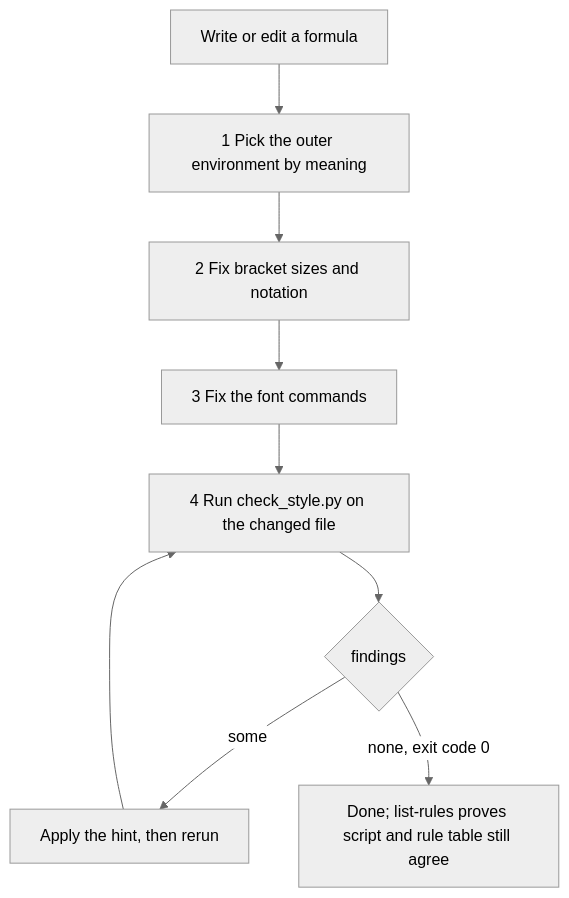
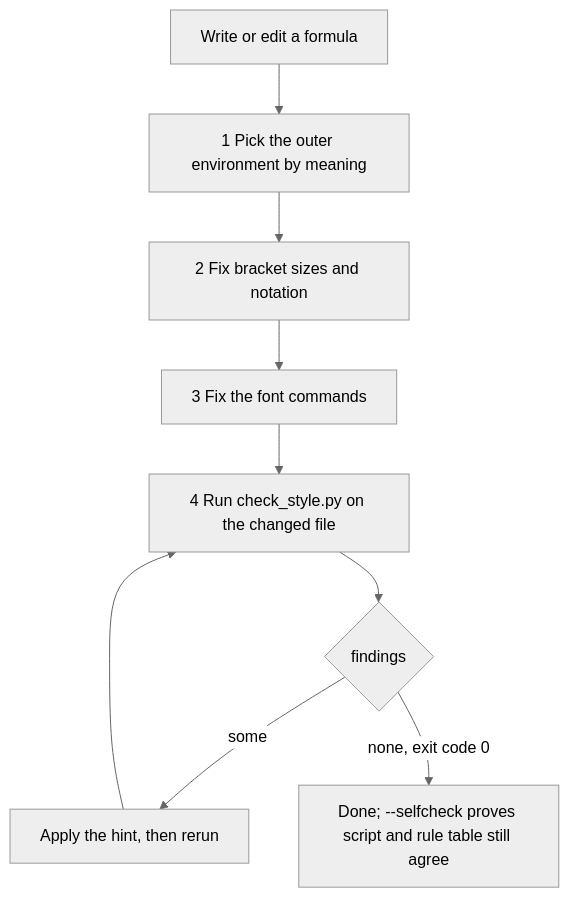
Before and after one commit to HHSTU-IST/skills: the third of 10 diagrams in README.en.md, drawn with Mermaid (neutral theme). The commit also changed other lines of this file and 13 other files, not shown here.

````diff
--- a/README.en.md
+++ b/README.en.md
@@ -342,11 +342,11 @@
 ```mermaid
 flowchart TD
     A["Write or edit a formula"] --> B["1 Pick the outer environment by meaning"]
     B --> C["2 Fix bracket sizes and notation"]
     C --> D["3 Fix the font commands"]
     D --> E["4 Run check_style.py on the changed file"]
     E --> F{"findings"}
     F -->|some| G["Apply the hint, then rerun"]
     G --> E
-    F -->|none, exit code 0| H["Done; list-rules proves script and rule table still agree"]
+    F -->|none, exit code 0| H["Done; --selfcheck proves script and rule table still agree"]
 ```
````
